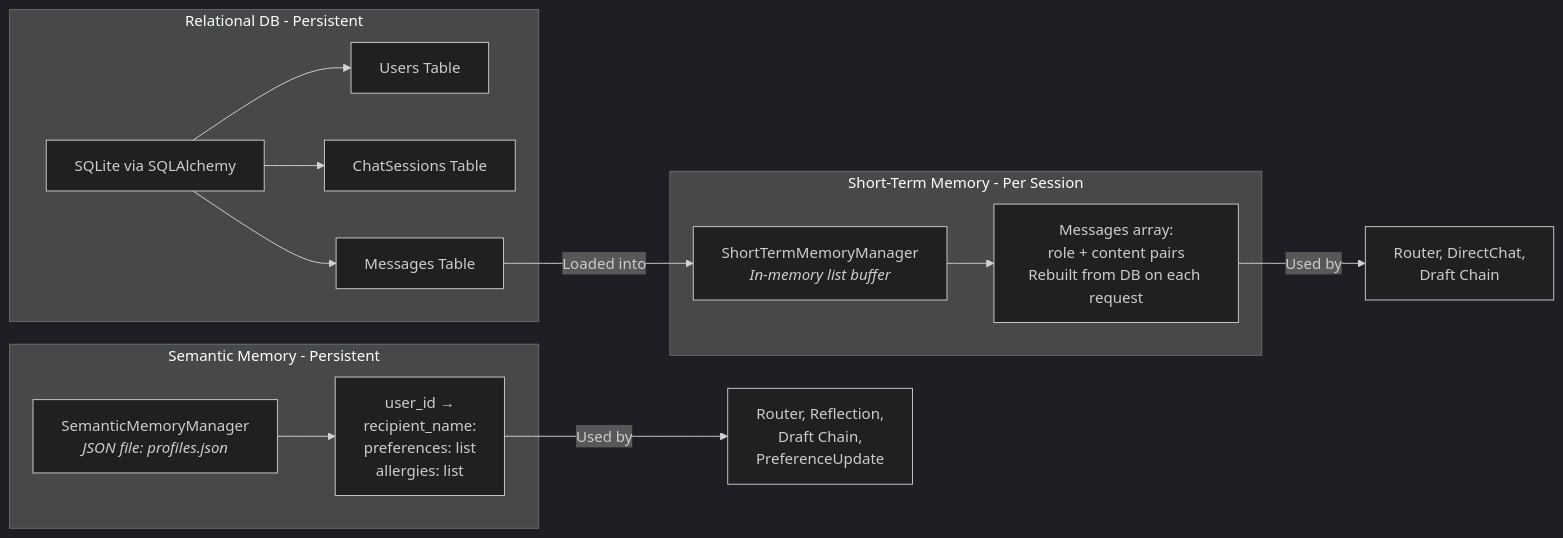
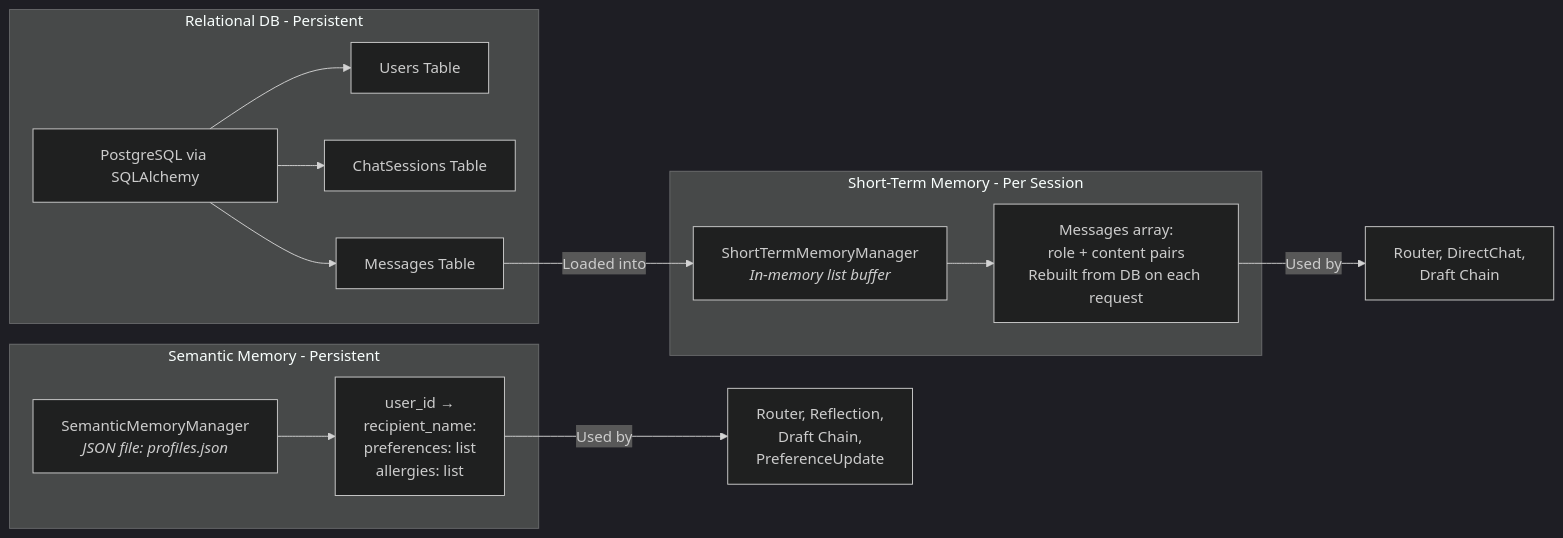
One commit to AsinduDeSilva/kapruka-gift-concierge changed the fifth of 11 diagrams in ARCHITECTURE.md. Above: the diagram before and after it, drawn with Mermaid (dark theme). The commit also changed other lines of this file and 3 other files, not shown here.

````diff
--- a/ARCHITECTURE.md
+++ b/ARCHITECTURE.md
@@ -226,30 +228,30 @@
 ```mermaid
 flowchart LR
     subgraph "Short-Term Memory - Per Session"
         STM["ShortTermMemoryManager<br/><i>In-memory list buffer</i>"]
         STM_DATA["Messages array:<br/>role + content pairs<br/>Rebuilt from DB on each request"]
     end
 
     subgraph "Semantic Memory - Persistent"
         SEM["SemanticMemoryManager<br/><i>JSON file: profiles.json</i>"]
         SEM_DATA["user_id → <br/>  recipient_name:<br/>    preferences: list<br/>    allergies: list"]
     end
 
     subgraph "Relational DB - Persistent"
-        SQL["SQLite via SQLAlchemy"]
+        SQL["PostgreSQL via SQLAlchemy"]
         USERS["Users Table"]
         SESSIONS["ChatSessions Table"]
         MSGS["Messages Table"]
     end
 
     STM --> STM_DATA
     SEM --> SEM_DATA
 
     SQL --> USERS
     SQL --> SESSIONS
     SQL --> MSGS
 
     MSGS -->|"Loaded into"| STM
     STM_DATA -->|"Used by"| ROUTER_USE["Router, DirectChat,<br/>Draft Chain"]
     SEM_DATA -->|"Used by"| REFLECT_USE["Router, Reflection,<br/>Draft Chain,<br/>PreferenceUpdate"]
 ```
````
